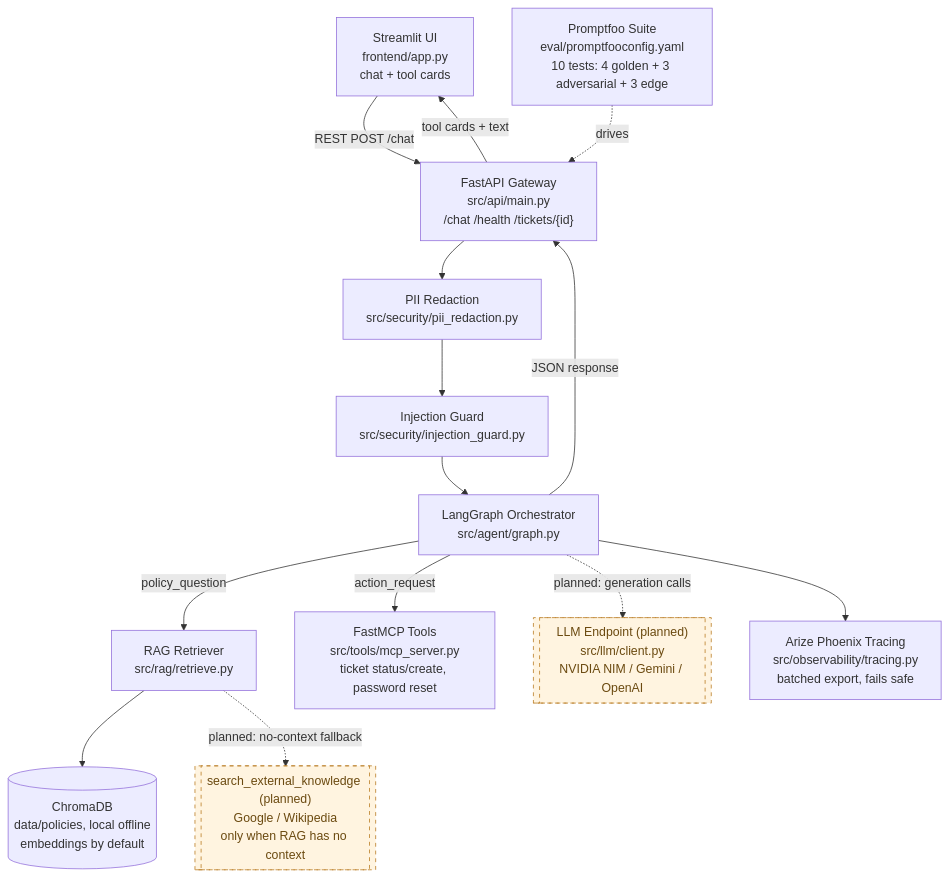
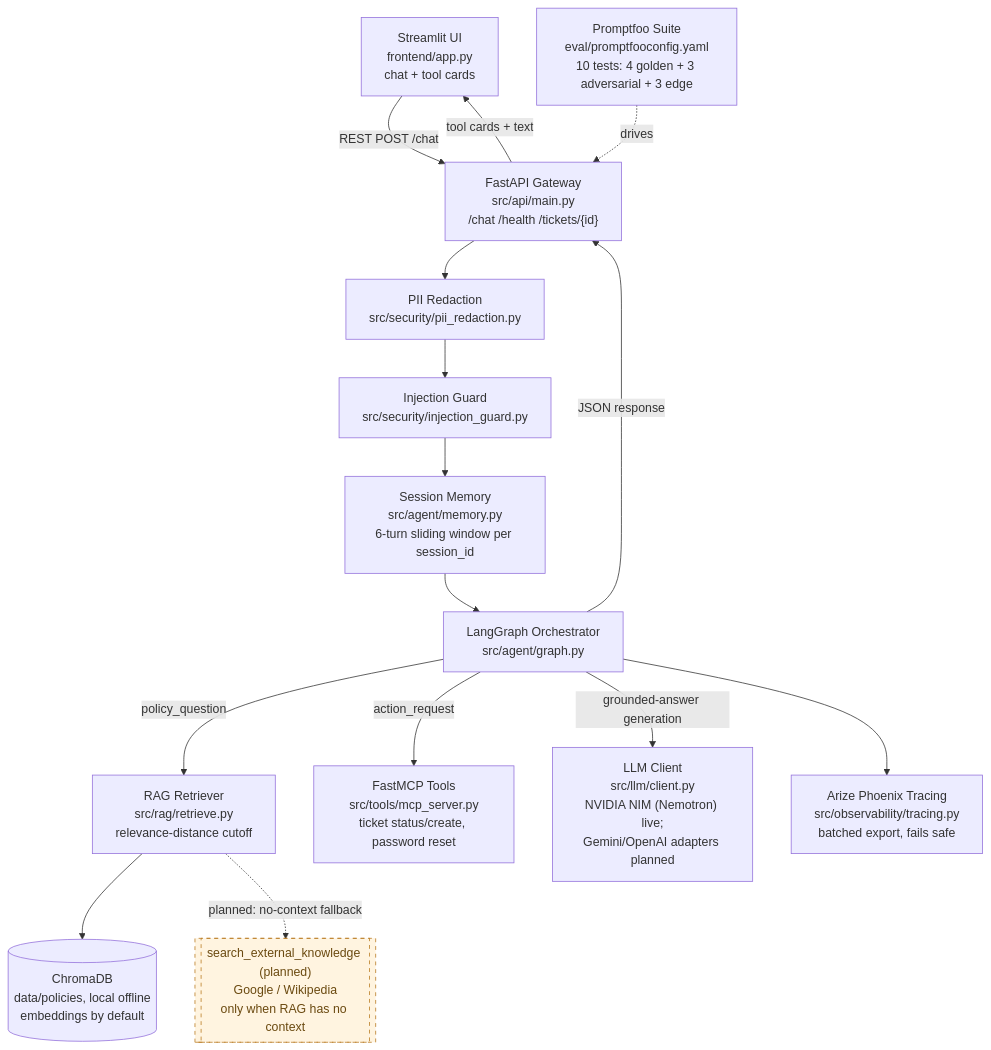
Before and after one commit to KamilBrini/IT_Support_Ticketing_Agent: the first of 2 diagrams in docs/architecture.md, drawn with Mermaid. The commit also changed other lines of this file and 10 other files, not shown here.

First line of the commit message:
Add SDD, generated architecture PNGs, and a real Promptfoo run

````diff
--- a/docs/architecture.md
+++ b/docs/architecture.md
@@ -9,28 +9,29 @@
 ```mermaid
 flowchart TD
     UI["Streamlit UI\nfrontend/app.py\nchat + tool cards"]
     API["FastAPI Gateway\nsrc/api/main.py\n/chat /health /tickets/{id}"]
     Redact["PII Redaction\nsrc/security/pii_redaction.py"]
     Guard["Injection Guard\nsrc/security/injection_guard.py"]
+    Mem["Session Memory\nsrc/agent/memory.py\n6-turn sliding window per session_id"]
     Graph["LangGraph Orchestrator\nsrc/agent/graph.py"]
-    RAG["RAG Retriever\nsrc/rag/retrieve.py"]
+    RAG["RAG Retriever\nsrc/rag/retrieve.py\nrelevance-distance cutoff"]
     KB[("ChromaDB\ndata/policies, local offline\nembeddings by default")]
     Tools["FastMCP Tools\nsrc/tools/mcp_server.py\nticket status/create, password reset"]
-    LLM[["LLM Endpoint (planned)\nsrc/llm/client.py\nNVIDIA NIM / Gemini / OpenAI"]]
+    LLM["LLM Client\nsrc/llm/client.py\nNVIDIA NIM (Nemotron) live;\nGemini/OpenAI adapters planned"]
     Search[["search_external_knowledge (planned)\nGoogle / Wikipedia\nonly when RAG has no context"]]
     Trace["Arize Phoenix Tracing\nsrc/observability/tracing.py\nbatched export, fails safe"]
     Eval["Promptfoo Suite\neval/promptfooconfig.yaml\n10 tests: 4 golden + 3 adversarial + 3 edge"]
 
     UI -->|"REST POST /chat"| API
-    API --> Redact --> Guard --> Graph
+    API --> Redact --> Guard --> Mem --> Graph
     Graph -->|"policy_question"| RAG --> KB
     Graph -->|"action_request"| Tools
-    Graph -.->|"planned: generation calls"| LLM
+    Graph -->|"grounded-answer generation"| LLM
     RAG -.->|"planned: no-context fallback"| Search
     Graph --> Trace
     Eval -.->|"drives"| API
     Graph -->|"JSON response"| API -->|"tool cards + text"| UI
 
     classDef planned stroke-dasharray: 5 5,fill:#fff4e0,stroke:#b8791e,color:#6b4a10;
-    class LLM,Search planned;
+    class Search planned;
 ```
````
